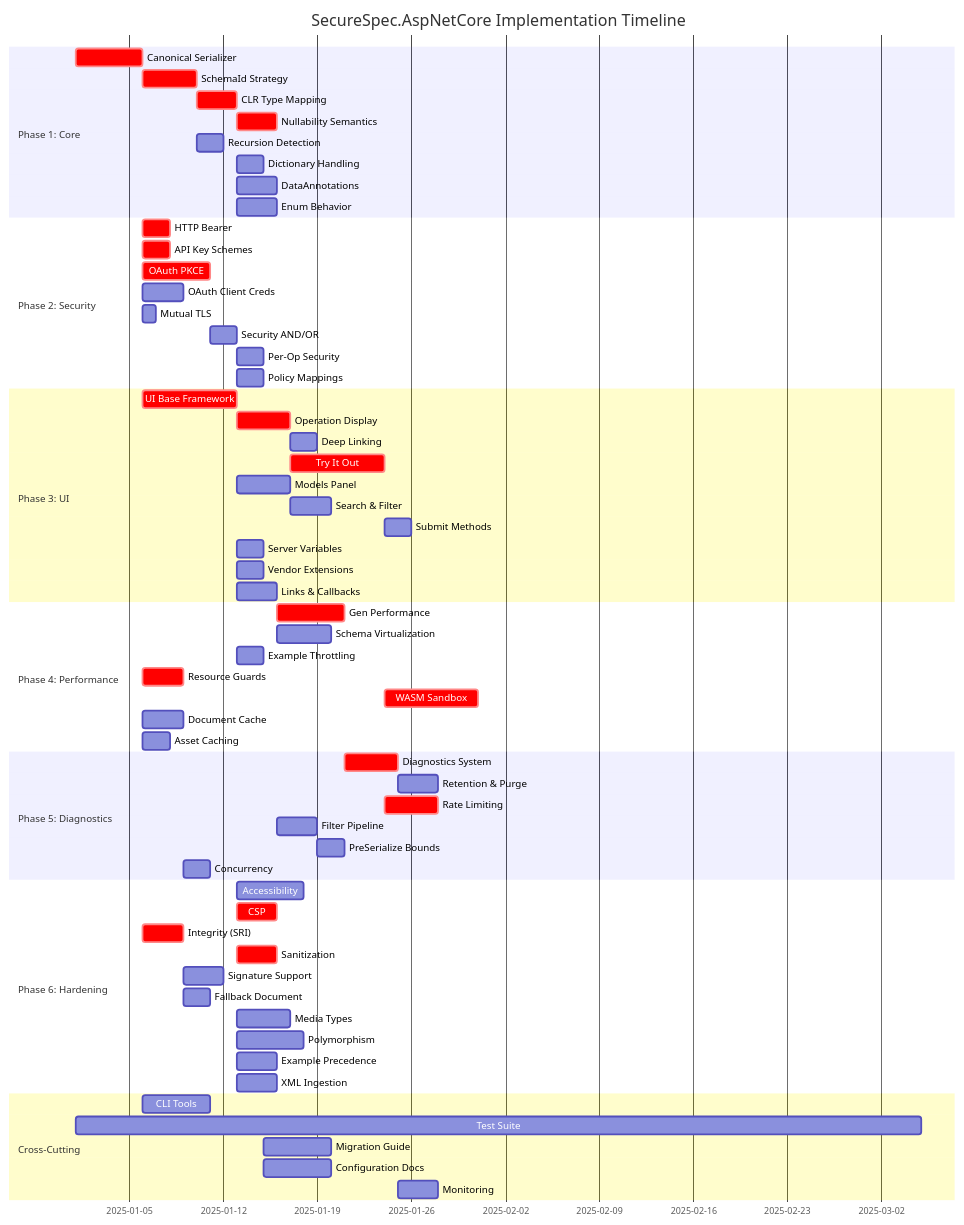
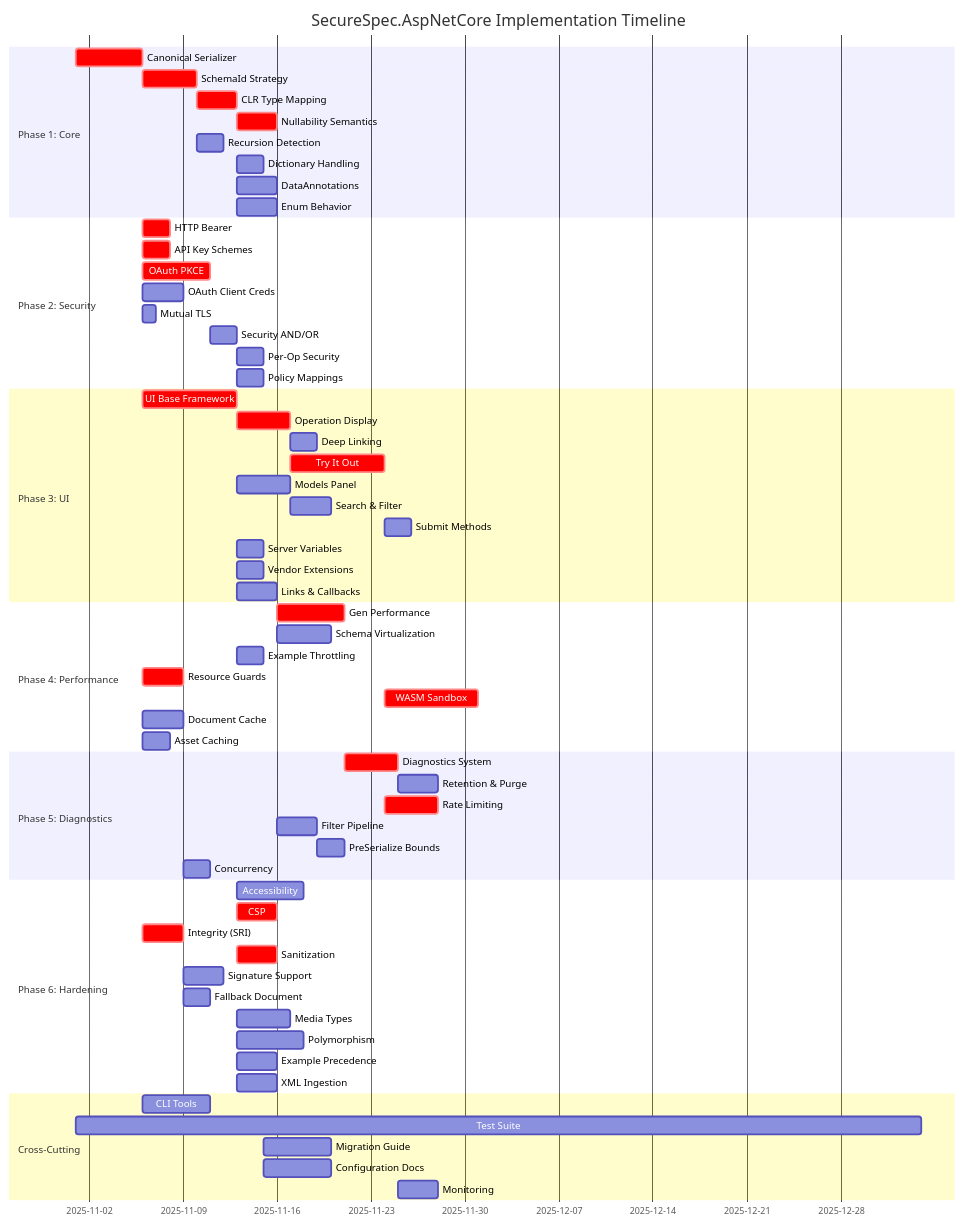
One commit to jarz/SecureSpec.AspNetCore changed the first of 2 diagrams in docs/ROADMAP.md. Above: the diagram before and after it, drawn with Mermaid. The commit also changed 7 other files, not shown here.

````diff
--- a/docs/ROADMAP.md
+++ b/docs/ROADMAP.md
@@ -3,72 +3,72 @@
 ```mermaid
 gantt
     title SecureSpec.AspNetCore Implementation Timeline
     dateFormat  YYYY-MM-DD
     section Phase 1: Core
-    Canonical Serializer       :crit, p1-1, 2025-01-01, 5d
+    Canonical Serializer       :crit, p1-1, 2025-11-01, 5d
     SchemaId Strategy          :crit, p1-2, after p1-1, 4d
     CLR Type Mapping           :crit, p1-3, after p1-2, 3d
     Nullability Semantics      :crit, p1-4, after p1-3, 3d
     Recursion Detection        :p1-5, after p1-2, 2d
     Dictionary Handling        :p1-6, after p1-3, 2d
     DataAnnotations            :p1-7, after p1-3, 3d
     Enum Behavior              :p1-8, after p1-3, 3d
     
     section Phase 2: Security
     HTTP Bearer                :crit, p2-1, after p1-1, 2d
     API Key Schemes            :crit, p2-2, after p1-1, 2d
     OAuth PKCE                 :crit, p2-3, after p1-1, 5d
     OAuth Client Creds         :p2-4, after p1-1, 3d
     Mutual TLS                 :p2-5, after p1-1, 1d
     Security AND/OR            :p2-6, after p2-3, 2d
     Per-Op Security            :p2-7, after p2-6, 2d
     Policy Mappings            :p2-8, after p2-6, 2d
     
     section Phase 3: UI
     UI Base Framework          :crit, p3-1, after p1-1, 7d
     Operation Display          :crit, p3-2, after p3-1, 4d
     Deep Linking               :p3-3, after p3-2, 2d
     Try It Out                 :crit, p3-4, after p3-2, 7d
     Models Panel               :p3-5, after p3-1, 4d
     Search & Filter            :p3-6, after p3-2, 3d
     Submit Methods             :p3-7, after p3-4, 2d
     Server Variables           :p3-8, after p3-1, 2d
     Vendor Extensions          :p3-9, after p3-1, 2d
     Links & Callbacks          :p3-10, after p3-1, 3d
     
     section Phase 4: Performance
     Gen Performance            :crit, p4-1, after p1-8, 5d
     Schema Virtualization      :p4-2, after p1-8, 4d
     Example Throttling         :p4-3, after p1-3, 2d
     Resource Guards            :crit, p4-4, after p1-1, 3d
     WASM Sandbox               :crit, p4-5, after p3-4, 7d
     Document Cache             :p4-6, after p1-1, 3d
     Asset Caching              :p4-7, after p1-1, 2d
     
     section Phase 5: Diagnostics
     Diagnostics System         :crit, p5-1, after p4-1, 4d
     Retention & Purge          :p5-2, after p5-1, 3d
     Rate Limiting              :crit, p5-3, after p3-4, 4d
     Filter Pipeline            :p5-4, after p1-7, 3d
     PreSerialize Bounds        :p5-5, after p5-4, 2d
     Concurrency                :p5-6, after p4-6, 2d
     
     section Phase 6: Hardening
     Accessibility              :p6-1, after p3-1, 5d
     CSP                        :crit, p6-2, after p3-1, 3d
     Integrity (SRI)            :crit, p6-3, after p1-1, 3d
     Sanitization               :crit, p6-4, after p3-1, 3d
     Signature Support          :p6-5, after p6-3, 3d
     Fallback Document          :p6-6, after p4-4, 2d
     Media Types                :p6-7, after p1-3, 4d
     Polymorphism               :p6-8, after p1-3, 5d
     Example Precedence         :p6-9, after p1-3, 3d
     XML Ingestion              :p6-10, after p1-3, 3d
     
     section Cross-Cutting
     CLI Tools                  :x1, after p1-1, 5d
-    Test Suite                 :x2, 2025-01-01, 63d
+    Test Suite                 :x2, 2025-11-01, 63d
     Migration Guide            :x3, after p2-8, 5d
     Configuration Docs         :x4, after p2-8, 5d
     Monitoring                 :x5, after p5-1, 3d
 ```
````
